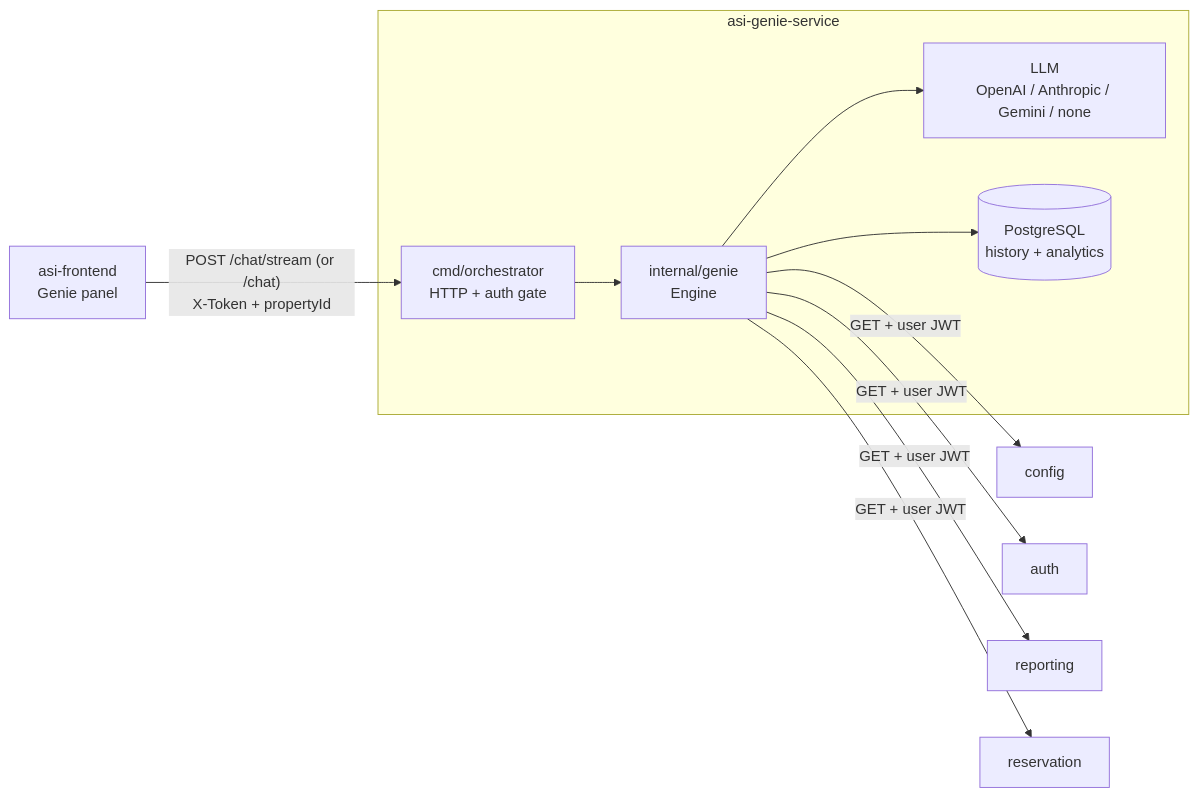
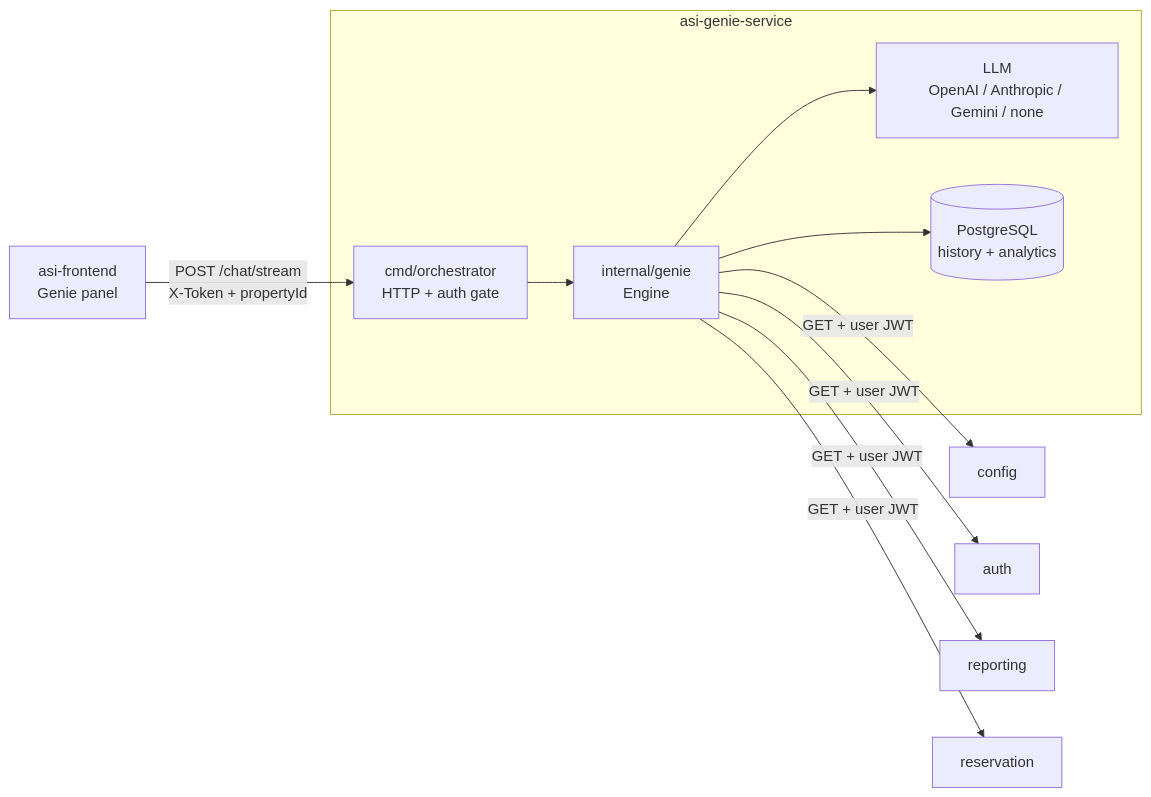
Before and after one commit to fountane-sunny/asi-genie-service: the first of 3 diagrams in docs/developer-guide.md, drawn with Mermaid. The commit also changed other lines of this file and 6 other files, not shown here.

````diff
--- a/docs/developer-guide.md
+++ b/docs/developer-guide.md
@@ -20,15 +20,15 @@
 ```mermaid
 flowchart LR
-  FE["asi-frontend<br/>Genie panel"] -->|"POST /chat/stream (or /chat)<br/>X-Token + propertyId"| API
+  FE["asi-frontend<br/>Genie panel"] -->|"POST /chat/stream<br/>X-Token + propertyId"| API
 
   subgraph GENIE["asi-genie-service"]
     API["cmd/orchestrator<br/>HTTP + auth gate"] --> ENG["internal/genie<br/>Engine"]
     ENG --> LLM["LLM<br/>OpenAI / Anthropic / Gemini / none"]
     ENG --> DB[("PostgreSQL<br/>history + analytics")]
   end
 
   ENG -->|"GET + user JWT"| CFG[config]
   ENG -->|"GET + user JWT"| AUTH[auth]
   ENG -->|"GET + user JWT"| RPT[reporting]
   ENG -->|"GET + user JWT"| RES[reservation]
 ```
````
